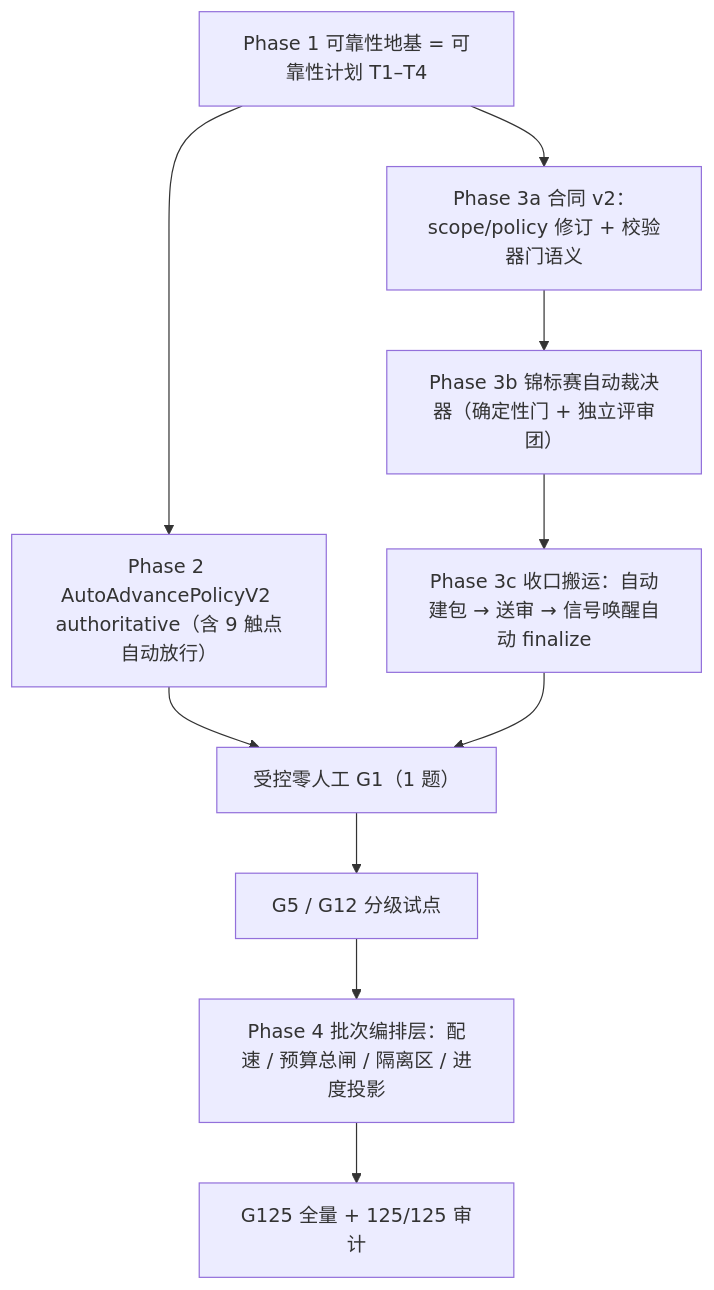
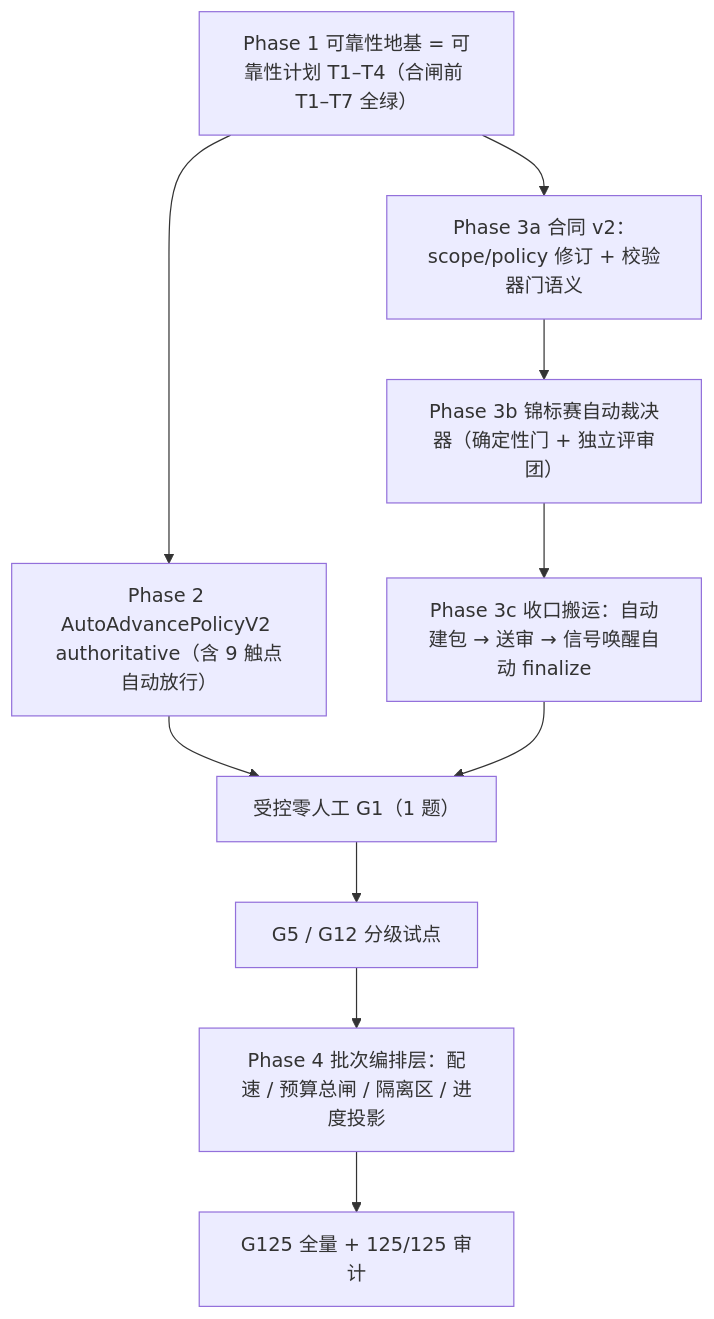
Before and after one commit to CCDawn/Vibelution: the diagram in docs/plans/2026-09-01-challenge-cup-stage-one-zero-human-roadmap.md, drawn with Mermaid. The commit also changed other lines of this file, not shown here.

Commit message:
docs: fix zero-human roadmap contract conflicts and gaps

````diff
--- a/docs/plans/2026-09-01-challenge-cup-stage-one-zero-human-roadmap.md
+++ b/docs/plans/2026-09-01-challenge-cup-stage-one-zero-human-roadmap.md
@@ -114,21 +117,21 @@
 ```mermaid
 flowchart TD
-  P1["Phase 1 可靠性地基 = 可靠性计划 T1–T4"]
+  P1["Phase 1 可靠性地基 = 可靠性计划 T1–T4（合闸前 T1–T7 全绿）"]
   P2["Phase 2 AutoAdvancePolicyV2 authoritative（含 9 触点自动放行）"]
   P3a["Phase 3a 合同 v2：scope/policy 修订 + 校验器门语义"]
   P3b["Phase 3b 锦标赛自动裁决器（确定性门 + 独立评审团）"]
   P3c["Phase 3c 收口搬运：自动建包 → 送审 → 信号唤醒自动 finalize"]
   P4["Phase 4 批次编排层：配速 / 预算总闸 / 隔离区 / 进度投影"]
   Z1["受控零人工 G1（1 题）"]
   Z5["G5 / G12 分级试点"]
   Z125["G125 全量 + 125/125 审计"]
   P1 --> P2
   P1 --> P3a
   P3a --> P3b
   P3b --> P3c
   P2 --> Z1
   P3c --> Z1
   Z1 --> Z5
   Z5 --> P4
   P4 --> Z125
 ```
````
